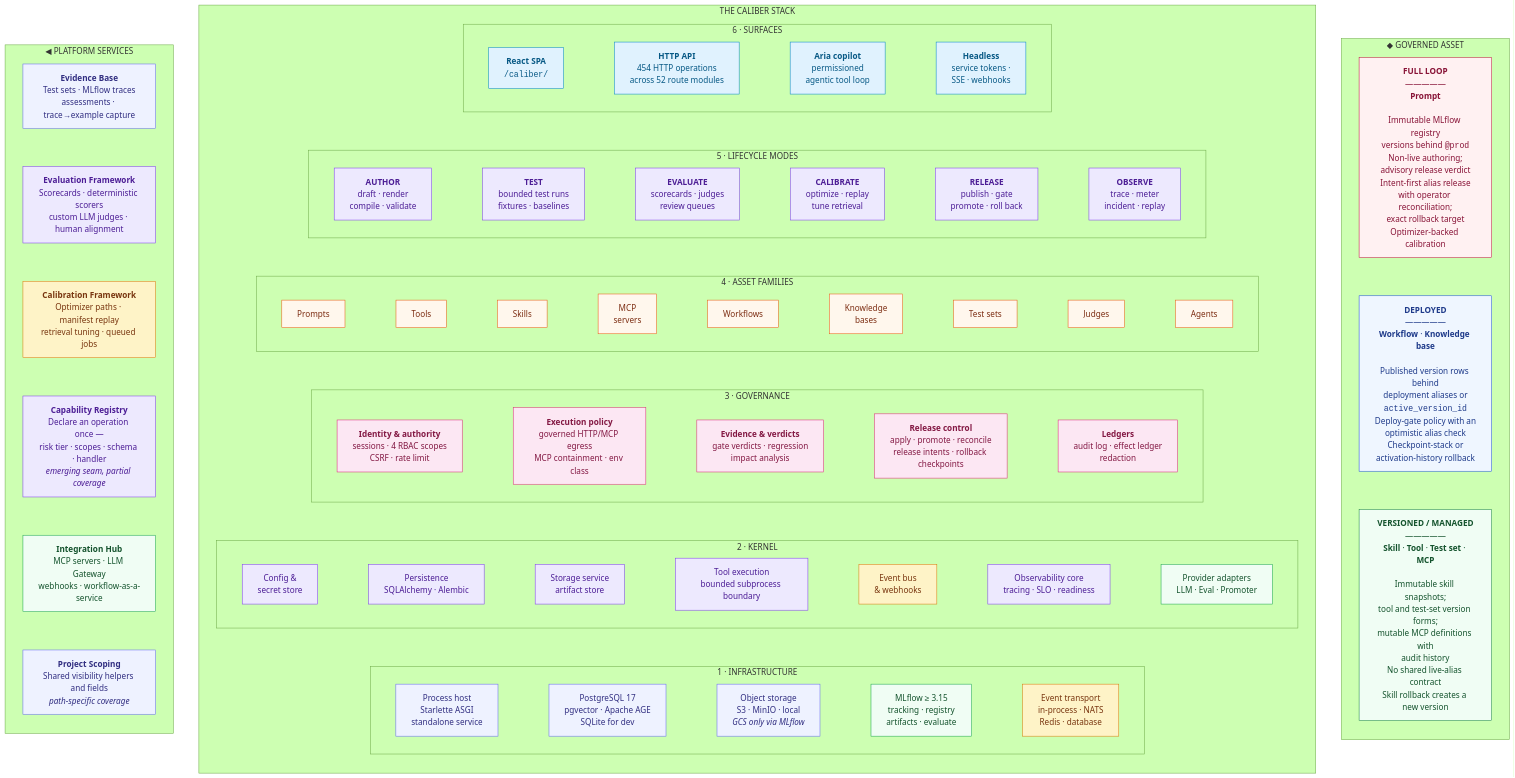
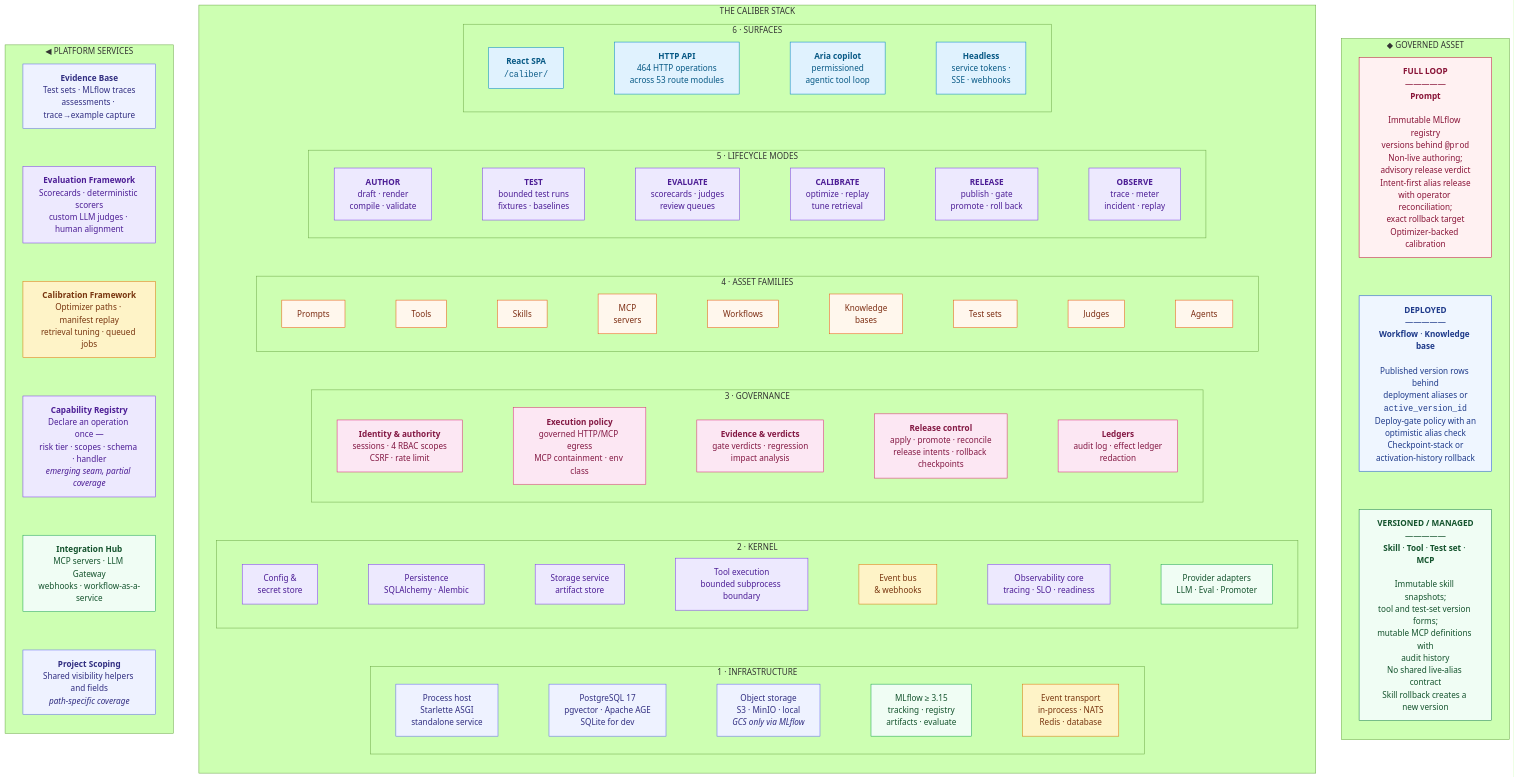
The first of 8 diagrams in ARCHITECTURE.md (rrahimi-uci/caliber-suite), drawn with Mermaid (forest theme) before and after one commit. The commit also changed 17 other files, not shown here.

First line of the commit message:
feat(workspace): add the missing release lifecycle HTTP API (P5-F) (#355)

```diff
--- a/ARCHITECTURE.md
+++ b/ARCHITECTURE.md
@@ -105,7 +105,7 @@
     subgraph L6["6 · SURFACES"]
       direction LR
       s1["<b>React SPA</b><br/><code>/caliber/</code>"]:::ui
-      s2["<b>HTTP API</b><br/>454 HTTP operations<br/>across 52 route modules"]:::ui
+      s2["<b>HTTP API</b><br/>464 HTTP operations<br/>across 53 route modules"]:::ui
       s3["<b>Aria copilot</b><br/>permissioned<br/>agentic tool loop"]:::ui
       s4["<b>Headless</b><br/>service tokens ·<br/>SSE · webhooks"]:::ui
       s1 --- s2 --- s3 --- s4
```
